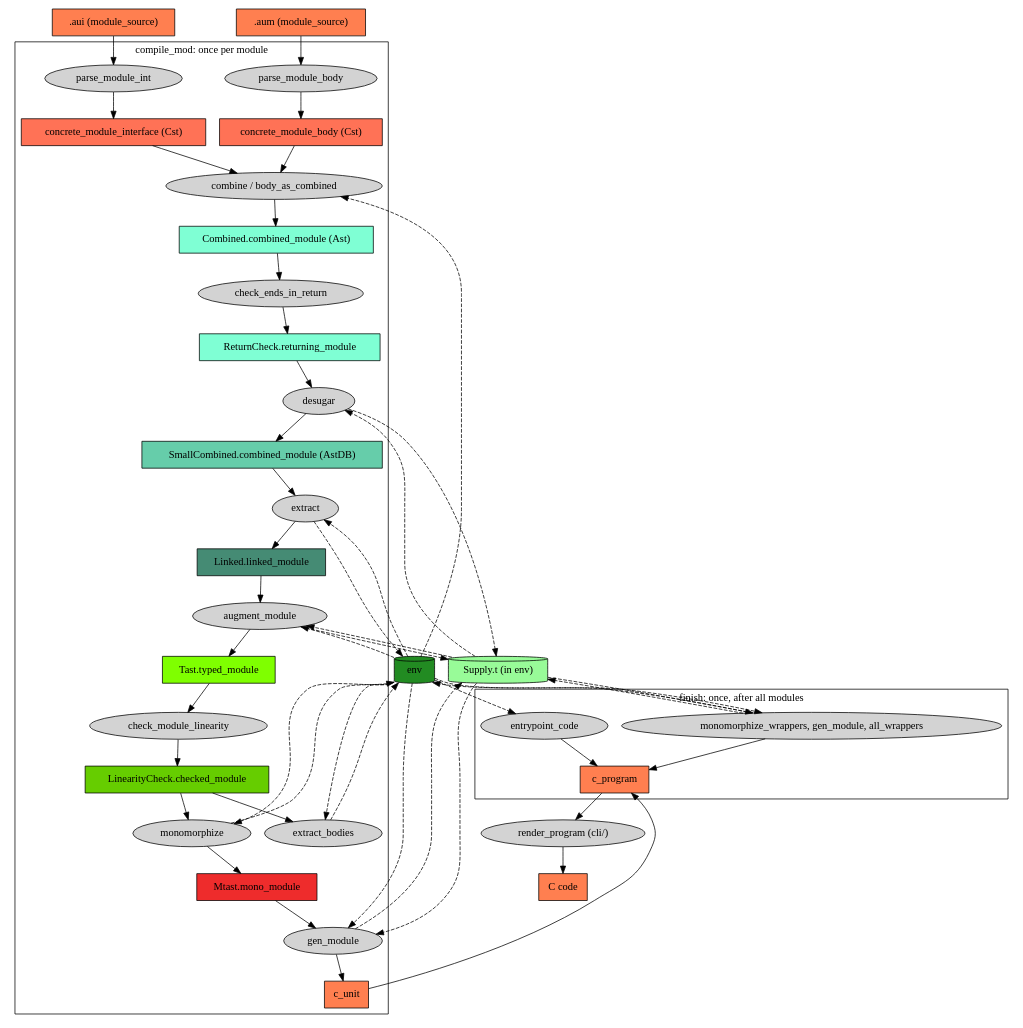
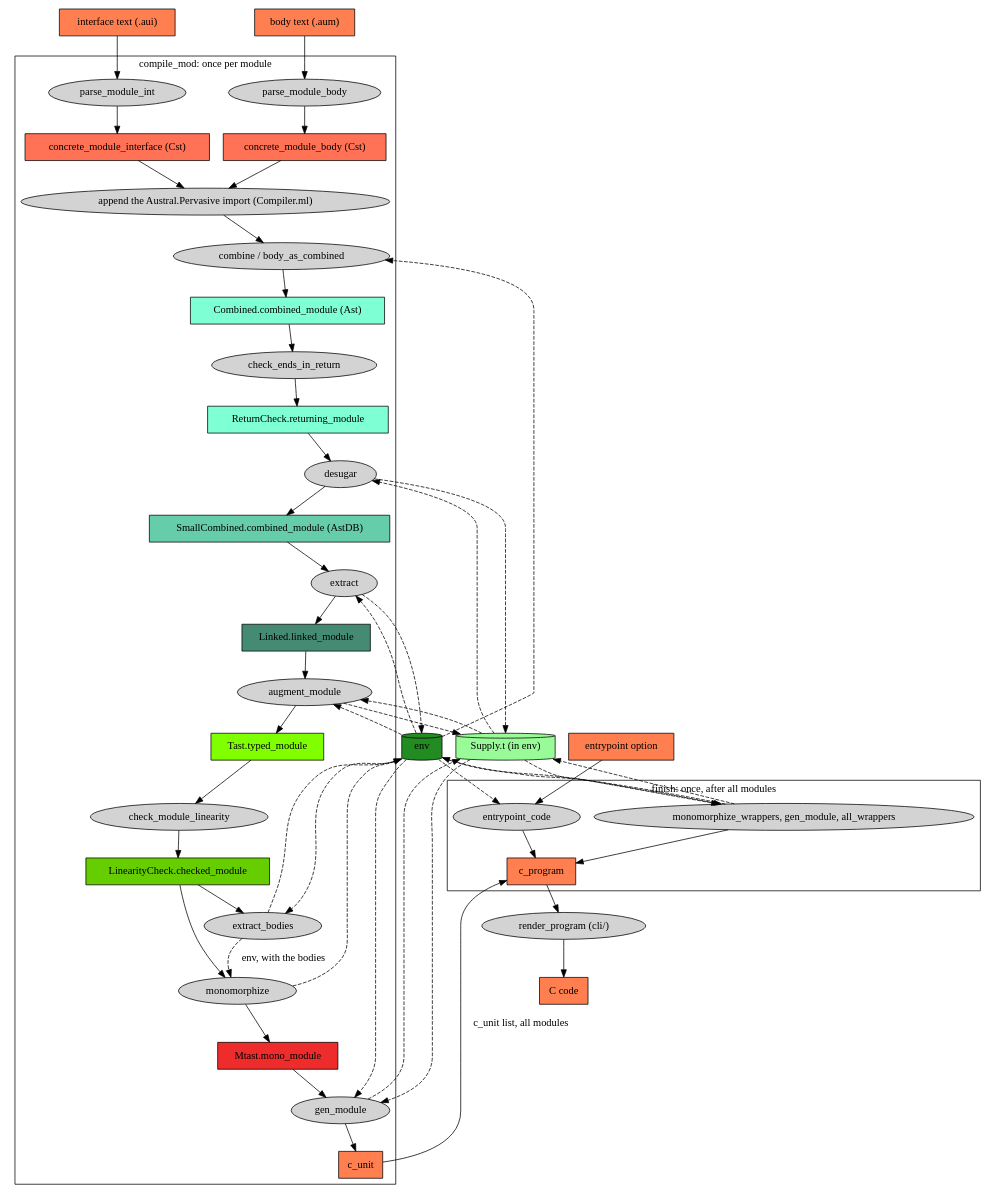
The diagram in docs/pipeline.dot (seiei-sogen/zustral), drawn with Graphviz before and after one commit. The commit also changed 8 other files, not shown here.

First line of the commit message:
7つ目のレビューが見つけた、文書と図の誤りを直す

```diff
--- a/docs/pipeline.dot
+++ b/docs/pipeline.dot
@@ -1,83 +1,89 @@
 // The stages of lib/Compiler.ml and their types in lib/Pipeline.mli.
 // Boxes are values, ellipses are stages (named by the function that runs them).
 // A dashed edge is the environment or the supply that a stage reads or returns.
 digraph G {
     node[style=filled]
 
-    aui[shape=rect fillcolor=coral label=".aui (module_source)"]
-    aum[shape=rect fillcolor=coral label=".aum (module_source)"]
+    // The two together (or the body alone), each with its file name, are one module_source.
+    aui[shape=rect fillcolor=coral label="interface text (.aui)"]
+    aum[shape=rect fillcolor=coral label="body text (.aum)"]
+    ep[shape=rect fillcolor=coral label="entrypoint option"]
 
     subgraph cluster_module {
         label="compile_mod: once per module"
 
         icst[shape=rect fillcolor=coral1 label="concrete_module_interface (Cst)"]
         bcst[shape=rect fillcolor=coral1 label="concrete_module_body (Cst)"]
         combined[shape=rect fillcolor=aquamarine label="Combined.combined_module (Ast)"]
         returning[shape=rect fillcolor=aquamarine label="ReturnCheck.returning_module"]
         small[shape=rect fillcolor=aquamarine3 label="SmallCombined.combined_module (AstDB)"]
         linked[shape=rect fillcolor=aquamarine4 label="Linked.linked_module"]
         typed[shape=rect fillcolor=chartreuse1 label="Tast.typed_module"]
         checked[shape=rect fillcolor=chartreuse3 label="LinearityCheck.checked_module"]
         mono[shape=rect fillcolor=firebrick2 label="Mtast.mono_module"]
         unit[shape=rect fillcolor=coral label="c_unit"]
 
         parse_int[label="parse_module_int"]
         parse_body[label="parse_module_body"]
+        pervasive[label="append the Austral.Pervasive import (Compiler.ml)"]
         combine[label="combine / body_as_combined"]
         check_returns[label="check_ends_in_return"]
         desugar[label="desugar"]
         extract[label="extract"]
         augment[label="augment_module"]
         linearity[label="check_module_linearity"]
         bodies[label="extract_bodies"]
         monomorphize[label="monomorphize"]
         gen[label="gen_module"]
     }
 
     subgraph cluster_finish {
         label="finish: once, after all modules"
 
         wrappers[label="monomorphize_wrappers, gen_module, all_wrappers"]
         entry[label="entrypoint_code"]
         program[shape=rect fillcolor=coral label="c_program"]
     }
 
     render[label="render_program (cli/)"]
     c[shape=rect fillcolor=coral label="C code"]
 
     env[label="env" fillcolor=forestgreen shape=cylinder]
     supply[label="Supply.t (in env)" fillcolor=palegreen shape=cylinder]
 
-    aui -> parse_int -> icst -> combine
-    aum -> parse_body -> bcst -> combine
+    aui -> parse_int -> icst -> pervasive
+    aum -> parse_body -> bcst -> pervasive
+    pervasive -> combine
     combine -> combined -> check_returns -> returning -> desugar -> small -> extract -> linked
     linked -> augment -> typed -> linearity -> checked
     checked -> bodies
     checked -> monomorphize -> mono -> gen -> unit
-    unit -> program
+    unit -> program [label="c_unit list, all modules"]
+    ep -> entry
     wrappers -> program
     entry -> program
     program -> render -> c
 
     edge[style=dashed]
     env -> combine
     env -> extract
     extract -> env
     env -> augment
     env -> bodies
     bodies -> env
-    env -> monomorphize
+    // extract_bodies runs before monomorphize, which reads the bodies from the env.
+    bodies -> monomorphize [label="env, with the bodies"]
     monomorphize -> env
     env -> gen
     env -> wrappers
     wrappers -> env
     env -> entry
     supply -> wrappers
     wrappers -> supply
     supply -> desugar
     desugar -> supply
     supply -> augment
     augment -> supply
     supply -> gen
     gen -> supply
 }
```
